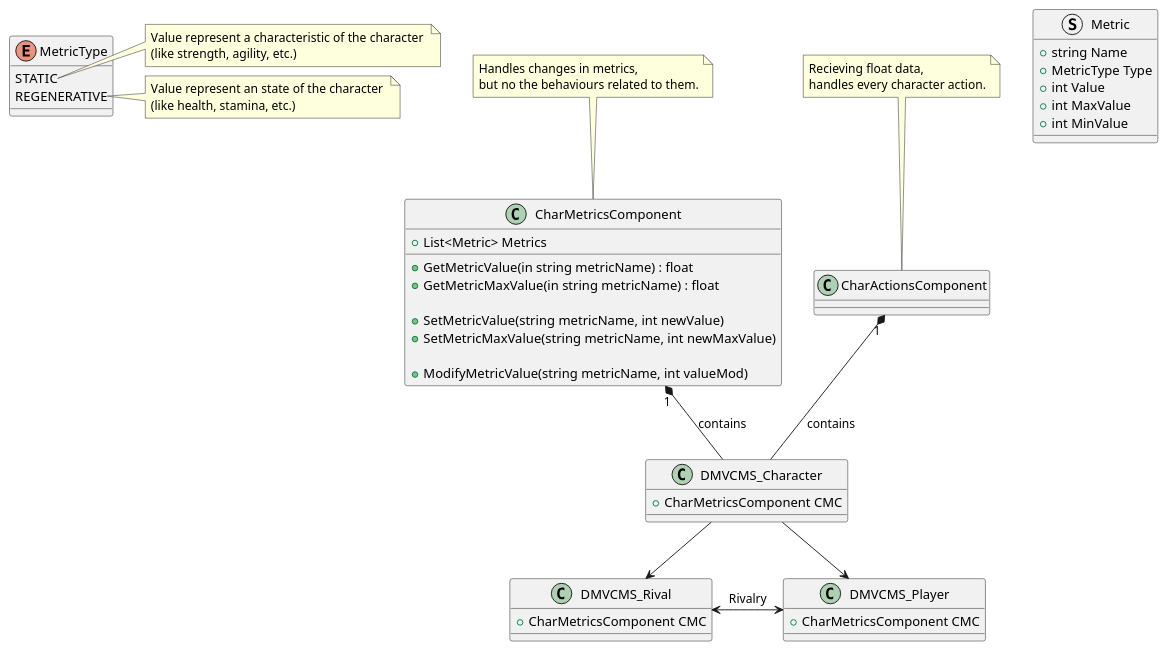
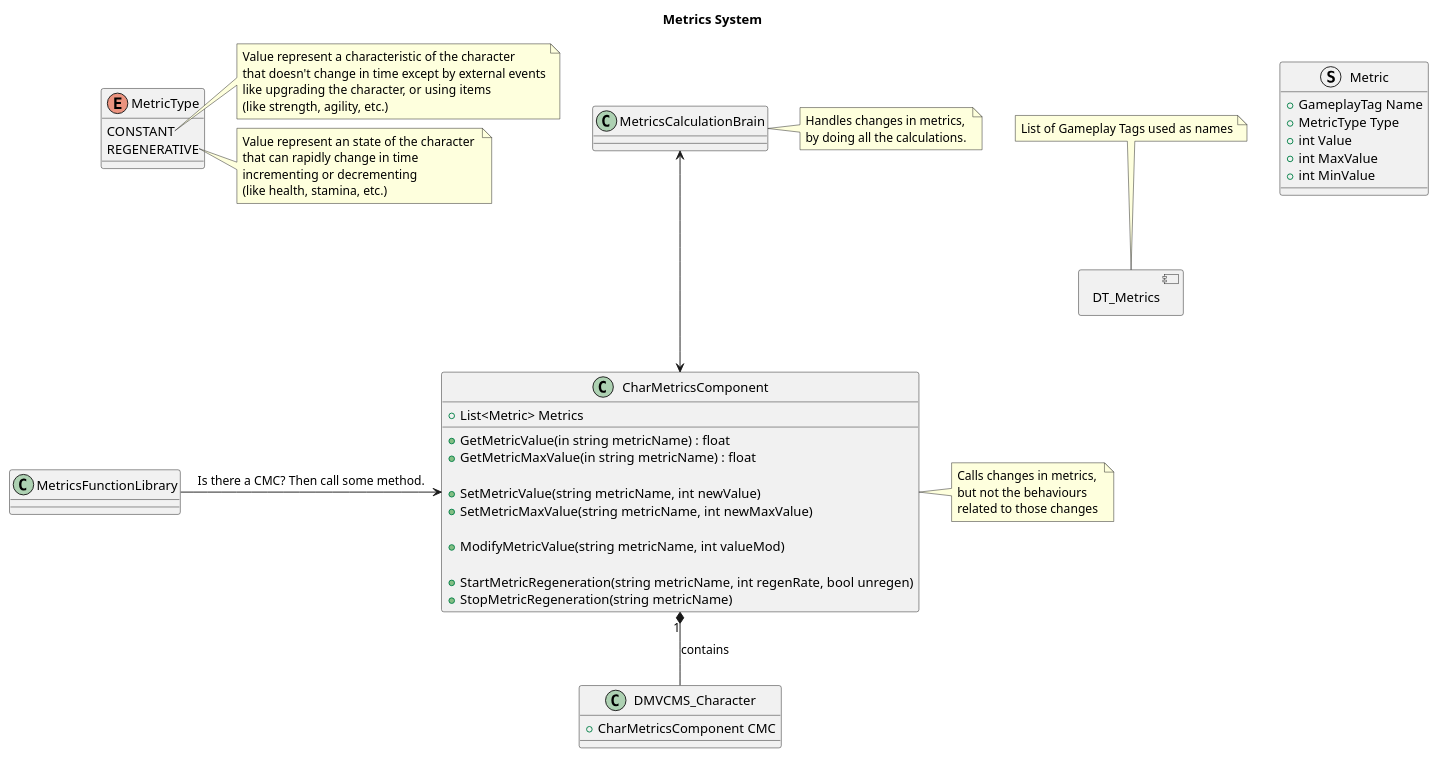
The diagram in ue_proj/Intermediate/ProjectFiles/Model/test.puml (duartemv00/dmv_plugin_ue5.4.1_CharMetricsSystem), drawn with PlantUML before and after one commit. The commit also changed 8 other files, not shown here.

```diff
--- a/ue_proj/Intermediate/ProjectFiles/Model/test.puml
+++ b/ue_proj/Intermediate/ProjectFiles/Model/test.puml
@@ -1,59 +1,66 @@
 @startuml
 'https://plantuml.com/object-diagram
 allow_mixing
 
+title Metrics System
+
+component DT_Metrics
+note top: List of Gameplay Tags used as names
+
 enum MetricType {
-STATIC
+CONSTANT
 REGENERATIVE
 }
-note right of MetricType::STATIC 
+note right of MetricType::CONSTANT
 Value represent a characteristic of the character 
+that doesn't change in time except by external events
+like upgrading the character, or using items
 (like strength, agility, etc.)
 end note
 note right of MetricType::REGENERATIVE
 Value represent an state of the character 
+that can rapidly change in time 
+incrementing or decrementing
 (like health, stamina, etc.)
 end note
 
 Struct Metric {
-    + string Name
+    + GameplayTag Name
     + MetricType Type
     + int Value
     + int MaxValue
     + int MinValue
 }
+class MetricsCalculationBrain {
+    
+} 
+note right: Handles changes in metrics, \nby doing all the calculations.
 
 class CharMetricsComponent {
     + List<Metric> Metrics
     + GetMetricValue(in string metricName) : float
     + GetMetricMaxValue(in string metricName) : float
     
     + SetMetricValue(string metricName, int newValue)
     + SetMetricMaxValue(string metricName, int newMaxValue)
     
     + ModifyMetricValue(string metricName, int valueMod)
+    
+    + StartMetricRegeneration(string metricName, int regenRate, bool unregen)
+    + StopMetricRegeneration(string metricName)
 }
-note top: Handles changes in metrics, \nbut no the behaviours related to them.
+note right: Calls changes in metrics, \nbut not the behaviours \nrelated to those changes
 
-class CharActionsComponent {
-
+class MetricsFunctionLibrary {
+    
 }
-note top: Recieving float data, \nhandles every character action.
 
 class DMVCMS_Character {
     + CharMetricsComponent CMC
 }
-class DMVCMS_Player {
-    + CharMetricsComponent CMC
-}
-class DMVCMS_Rival {
-    + CharMetricsComponent CMC
-}
 
-DMVCMS_Character  --> DMVCMS_Player 
-DMVCMS_Character  --> DMVCMS_Rival
-DMVCMS_Rival <-> DMVCMS_Player : Rivalry
+MetricsCalculationBrain <---> CharMetricsComponent
 CharMetricsComponent "1" *-- DMVCMS_Character : contains
-CharActionsComponent "1" *-- DMVCMS_Character : contains
+MetricsFunctionLibrary -> CharMetricsComponent : Is there a CMC? Then call some method.
 
 @enduml
```
